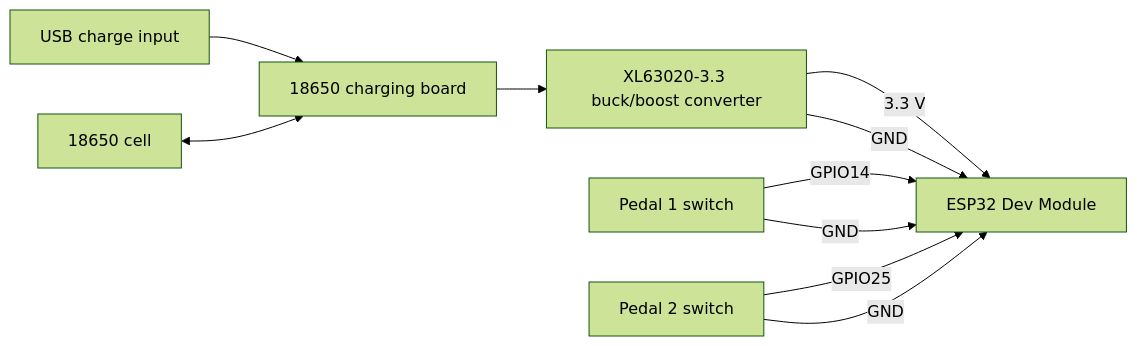
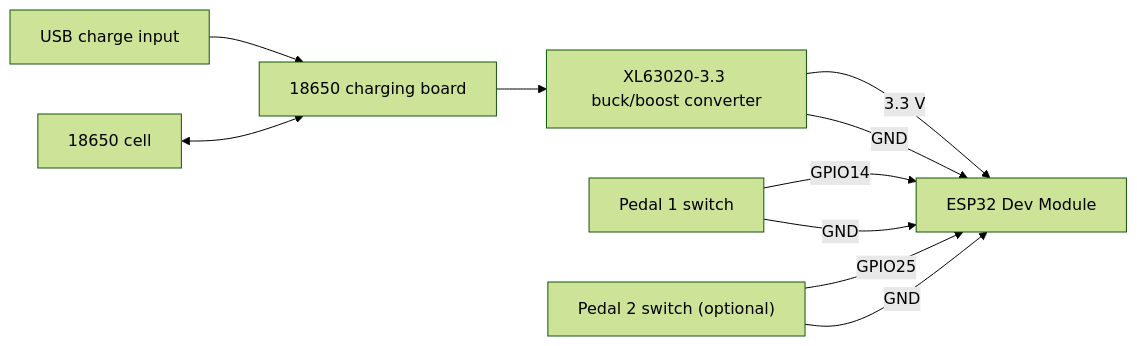
One commit to NuggetronGames/esp32-foot-pedal changed the second of 2 diagrams in README.md. Above: the diagram before and after it, drawn with Mermaid (forest theme). The commit also changed other lines of this file, not shown here.

````diff
--- a/README.md
+++ b/README.md
@@ -58,12 +104,12 @@
 ```mermaid
 flowchart LR
     USB["USB charge input"] --> CHG["18650 charging board"]
     CELL["18650 cell"] <--> CHG
     CHG --> BUCK["XL63020-3.3 buck/boost converter"]
     BUCK -->|"3.3 V"| ESP["ESP32 Dev Module"]
     BUCK -->|"GND"| ESP
     SW1["Pedal 1 switch"] -->|"GPIO14"| ESP
     SW1 -->|"GND"| ESP
-    SW2["Pedal 2 switch"] -->|"GPIO25"| ESP
+    SW2["Pedal 2 switch (optional)"] -->|"GPIO25"| ESP
     SW2 -->|"GND"| ESP
 ```
````
